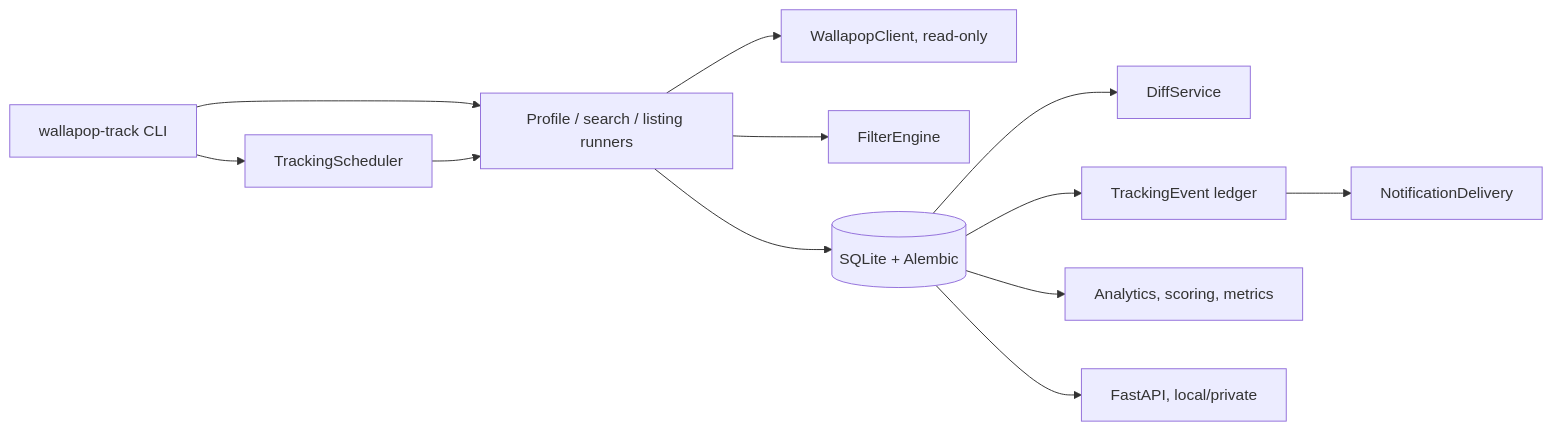
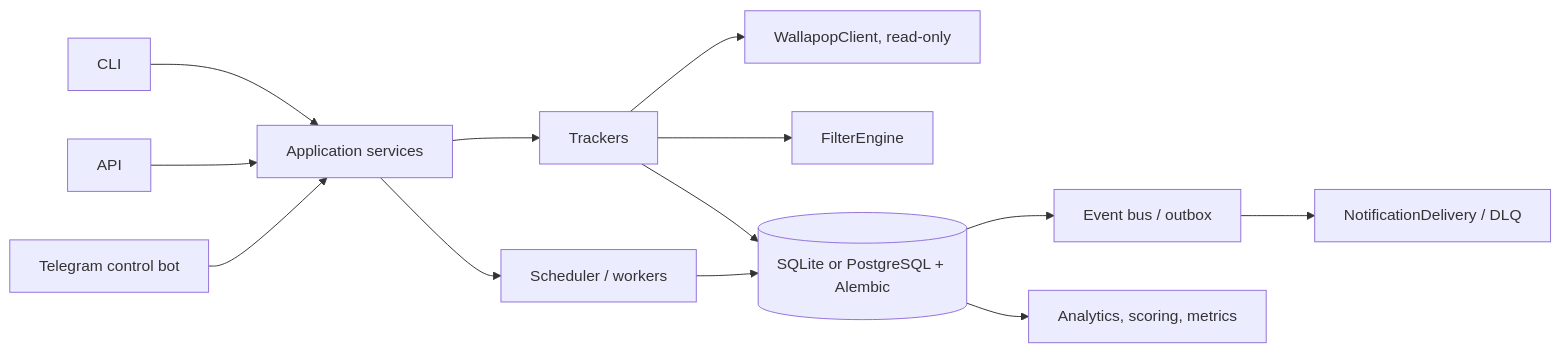
Before and after one commit to vgvr0/wallapop-tracker: the diagram in README.md, drawn with Mermaid. The commit also changed other lines of this file and 2 other files, not shown here.

````diff
--- a/README.md
+++ b/README.md
@@ -301,14 +308,15 @@
 ```mermaid
 flowchart LR
-    CLI[wallapop-track CLI] --> Scheduler[TrackingScheduler]
-    CLI --> Runners[Profile / search / listing runners]
-    Scheduler --> Runners
-    Runners --> Client[WallapopClient, read-only]
-    Runners --> Filters[FilterEngine]
-    Runners --> DB[(SQLite + Alembic)]
-    DB --> Diff[DiffService]
-    DB --> Ledger[TrackingEvent ledger]
-    Ledger --> Notifications[NotificationDelivery]
+    CLI --> Services[Application services]
+    API --> Services
+    Telegram[Telegram control bot] --> Services
+    Services --> Trackers[Trackers]
+    Services --> Scheduler[Scheduler / workers]
+    Trackers --> Client[WallapopClient, read-only]
+    Trackers --> Filters[FilterEngine]
+    Trackers --> DB[(SQLite or PostgreSQL + Alembic)]
+    Scheduler --> DB
+    DB --> Ledger[Event bus / outbox]
+    Ledger --> Notifications[NotificationDelivery / DLQ]
     DB --> Reporting[Analytics, scoring, metrics]
-    DB --> API[FastAPI, local/private]
 ```
````
